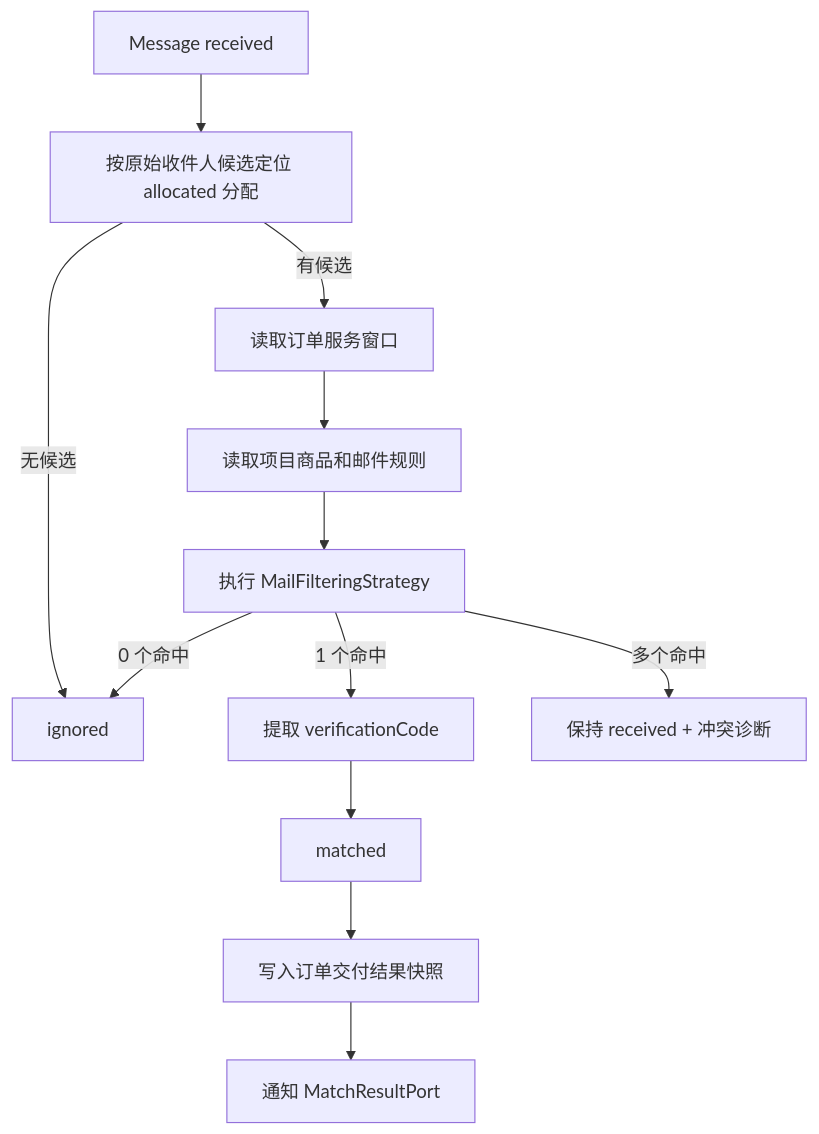
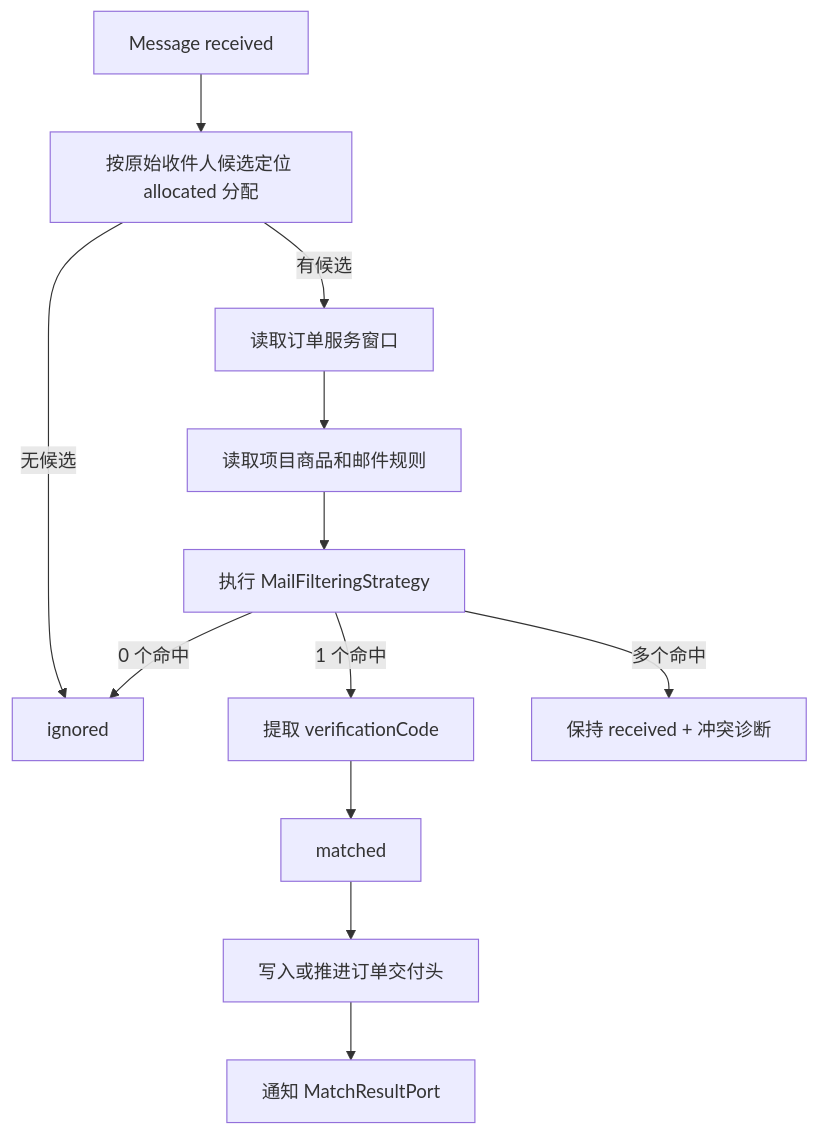
The second of 2 diagrams in docs/4-mailmatch-real-service.md (donnel666/remail), drawn with Mermaid before and after one commit. The commit also changed other lines of this file and 123 other files, not shown here.

````diff
--- a/docs/4-mailmatch-real-service.md
+++ b/docs/4-mailmatch-real-service.md
@@ -90,14 +87,14 @@
 ```mermaid
 flowchart TD
     M[Message received] --> R[按原始收件人候选定位 allocated 分配]
     R -->|无候选| I[ignored]
     R -->|有候选| O[读取订单服务窗口]
     O --> P[读取项目商品和邮件规则]
     P --> F[执行 MailFilteringStrategy]
     F -->|0 个命中| I
     F -->|1 个命中| C[提取 verificationCode]
     F -->|多个命中| K[保持 received + 冲突诊断]
     C --> S[matched]
-    S --> Q[写入订单交付结果快照]
+    S --> Q[写入或推进订单交付头]
     Q --> T[通知 MatchResultPort]
 ```
````
